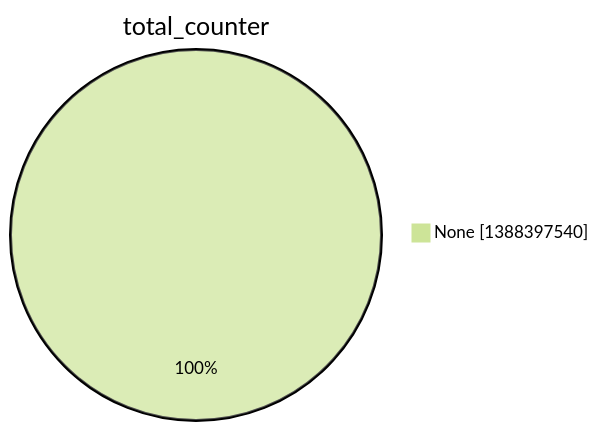
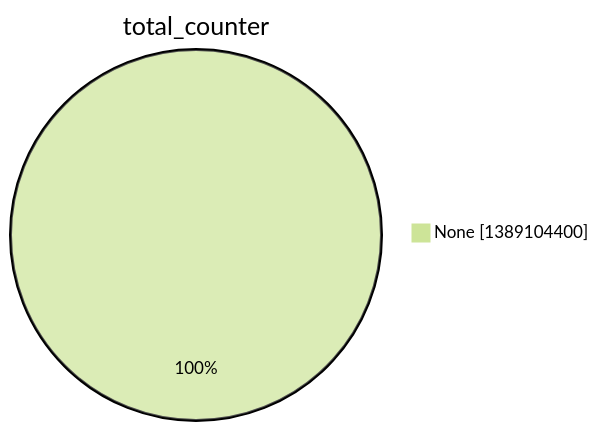
The second of 15 diagrams in argon2022/README.md (christiankrug/ctmonitor_visualization), drawn with Mermaid (forest theme) before and after one commit. The commit also changed other lines of this file, not shown here.

````diff
--- a/argon2022/README.md
+++ b/argon2022/README.md
@@ -9,5 +9,5 @@
 ```mermaid
 pie showData
 title total_counter
-"None" :1388397540
+"None" :1389104400
 ```
````
